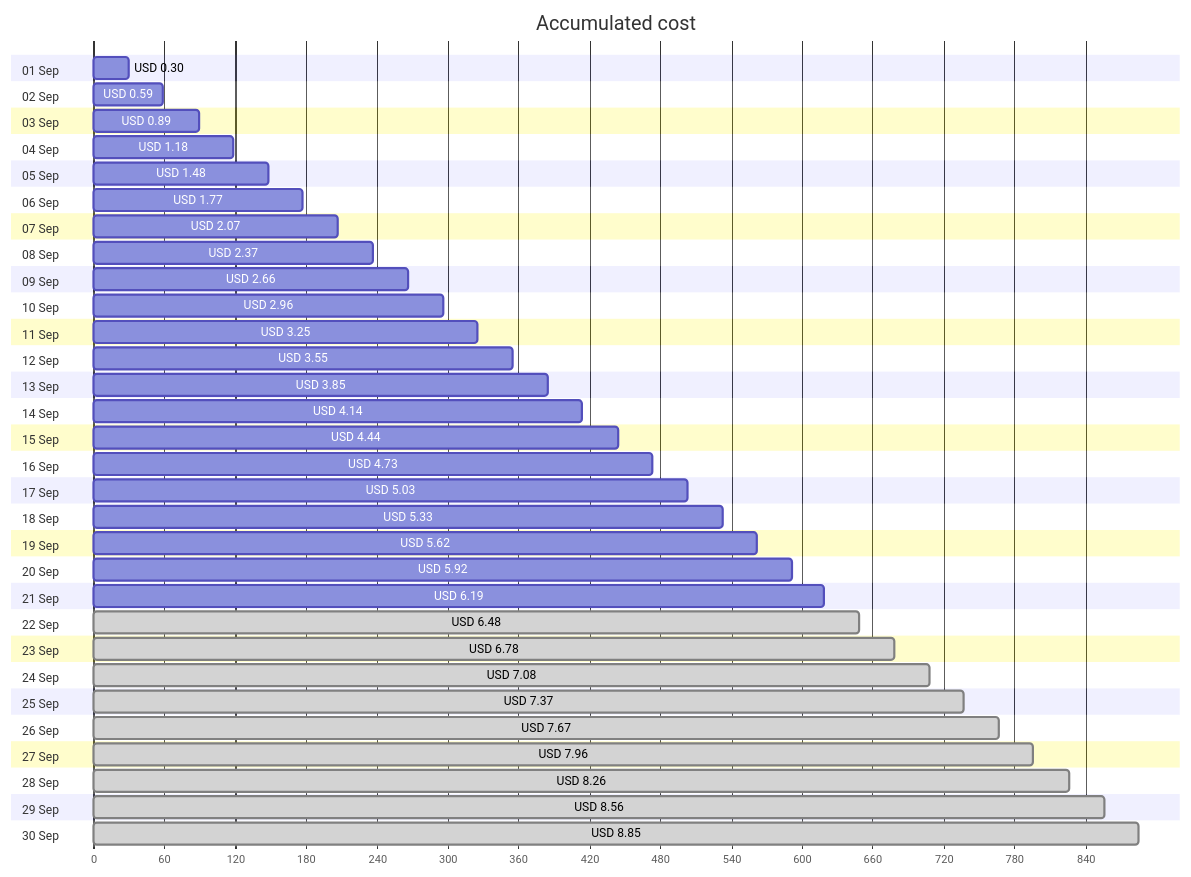
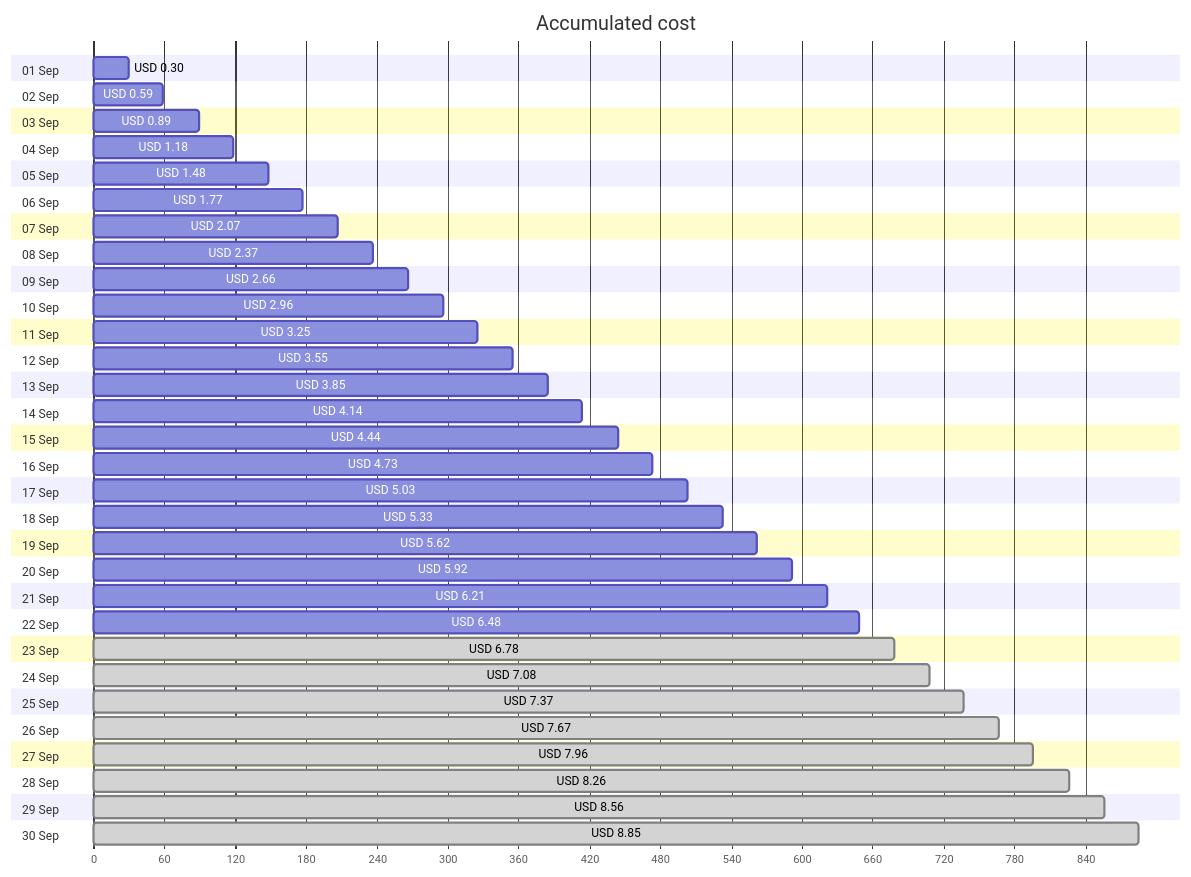
One commit to jpfulton/azure-personal-reports changed the first of 4 diagrams in cost-reports/personal-site/personal-site-preview.md. Above: the diagram before and after it, drawn with Mermaid. The commit also changed other lines of this file and 7 other files, not shown here.

````diff
--- a/cost-reports/personal-site/personal-site-preview.md
+++ b/cost-reports/personal-site/personal-site-preview.md
@@ -20,66 +20,66 @@
 ```mermaid
 gantt
    title Accumulated cost
    dateFormat  X
    axisFormat %s
    section 01 Sep
    USD 0.30 :0, 30
    section 02 Sep
    USD 0.59 :0, 59
    section 03 Sep
    USD 0.89 :0, 89
    section 04 Sep
    USD 1.18 :0, 118
    section 05 Sep
    USD 1.48 :0, 148
    section 06 Sep
    USD 1.77 :0, 177
    section 07 Sep
    USD 2.07 :0, 207
    section 08 Sep
    USD 2.37 :0, 237
    section 09 Sep
    USD 2.66 :0, 266
    section 10 Sep
    USD 2.96 :0, 296
    section 11 Sep
    USD 3.25 :0, 325
    section 12 Sep
    USD 3.55 :0, 355
    section 13 Sep
    USD 3.85 :0, 385
    section 14 Sep
    USD 4.14 :0, 414
    section 15 Sep
    USD 4.44 :0, 444
    section 16 Sep
    USD 4.73 :0, 473
    section 17 Sep
    USD 5.03 :0, 503
    section 18 Sep
    USD 5.33 :0, 533
    section 19 Sep
    USD 5.62 :0, 562
    section 20 Sep
    USD 5.92 :0, 592
    section 21 Sep
-   USD 6.19 :0, 619
+   USD 6.21 :0, 621
    section 22 Sep
-   USD 6.48 : done, 0, 648
+   USD 6.48 :0, 648
    section 23 Sep
    USD 6.78 : done, 0, 678
    section 24 Sep
    USD 7.08 : done, 0, 708
    section 25 Sep
    USD 7.37 : done, 0, 737
    section 26 Sep
    USD 7.67 : done, 0, 767
    section 27 Sep
    USD 7.96 : done, 0, 796
    section 28 Sep
    USD 8.26 : done, 0, 826
    section 29 Sep
    USD 8.56 : done, 0, 856
    section 30 Sep
    USD 8.85 : done, 0, 885
 ```
````
